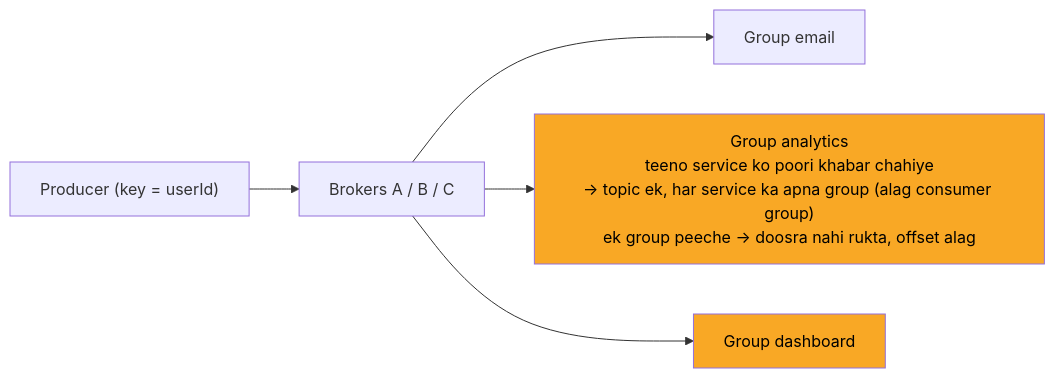
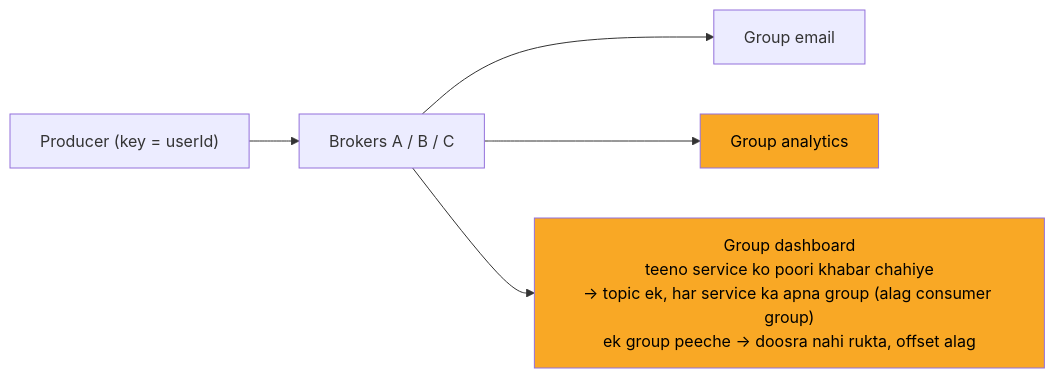
The diagram in 04_HLD/SYSTEM_DESIGNS/12_message_queue_kafka/img/c5.mmd (ArpanMaheshwari144/Prep), drawn with Mermaid before and after one commit. The commit also changed 13 other files, not shown here.

Commit message:
kafka card 5: scene me teen service alag dabbe (ek group = ek ko hi), teer dashboard dabbe se

```diff
--- a/04_HLD/SYSTEM_DESIGNS/12_message_queue_kafka/img/c5.mmd
+++ b/04_HLD/SYSTEM_DESIGNS/12_message_queue_kafka/img/c5.mmd
@@ -1,13 +1,13 @@
 %%{init: {"flowchart": {"wrappingWidth": 450}}}%%
 flowchart LR
     n_P["Producer (key = userId)"]
     n_B["Brokers A / B / C"]
     n_GE["Group email"]
-    n_GA["Group analytics<br/>teeno service ko poori khabar chahiye<br/>-> topic ek, har service ka apna group (alag consumer group)<br/>ek group peeche -> doosra nahi rukta, offset alag"]
-    n_GD["Group dashboard"]
+    n_GA["Group analytics"]
+    n_GD["Group dashboard<br/>teeno service ko poori khabar chahiye<br/>-> topic ek, har service ka apna group (alag consumer group)<br/>ek group peeche -> doosra nahi rukta, offset alag"]
     n_P --> n_B
     n_B --> n_GE
     n_B --> n_GA
     n_B --> n_GD
     style n_GA fill:#f9a825,color:#000
     style n_GD fill:#f9a825,color:#000
```
